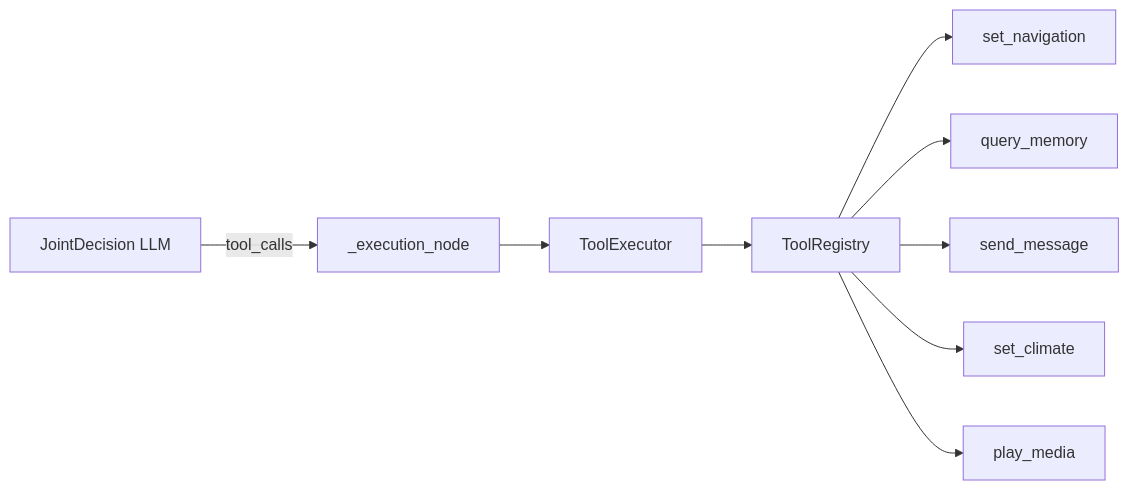
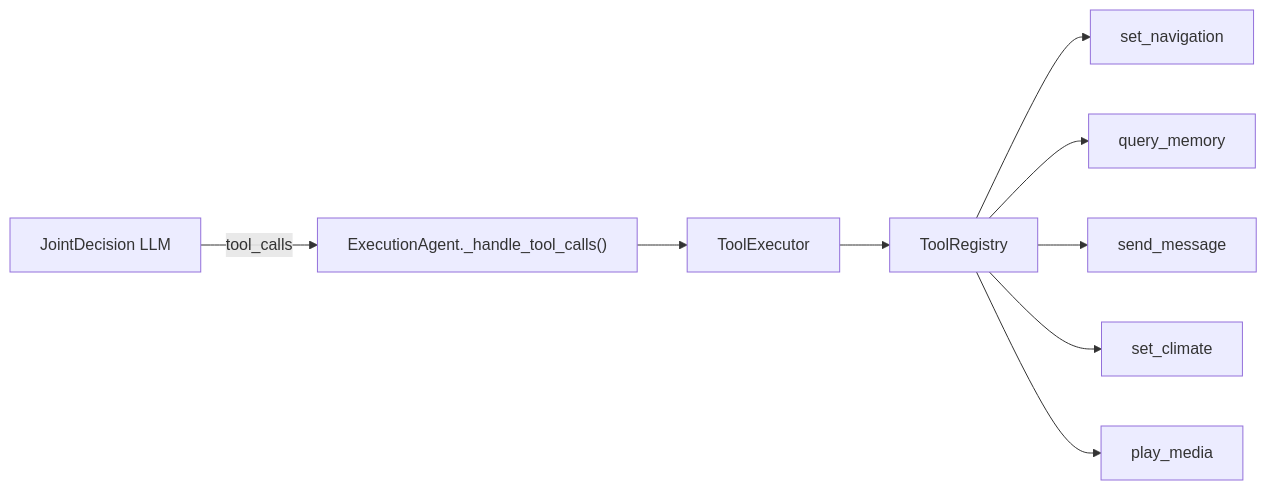
One commit to MiyakoMeow/DrivePal changed the diagram in app/tools/AGENTS.md. Above: the diagram before and after it, drawn with Mermaid. The commit also changed other lines of this file and 11 other files, not shown here.

````diff
--- a/app/tools/AGENTS.md
+++ b/app/tools/AGENTS.md
@@ -7,11 +7,11 @@
 ```mermaid
 flowchart LR
-    LLM["JointDecision LLM"] -->|tool_calls| EXEC["_execution_node"]
+    LLM["JointDecision LLM"] -->|tool_calls| EXEC["ExecutionAgent._handle_tool_calls()"]
     EXEC --> TE["ToolExecutor"]
     TE --> REG["ToolRegistry"]
     REG --> NAV["set_navigation"]
     REG --> MEM["query_memory"]
     REG --> SND["send_message"]
     REG --> CLI["set_climate"]
     REG --> MED["play_media"]
 ```
````
